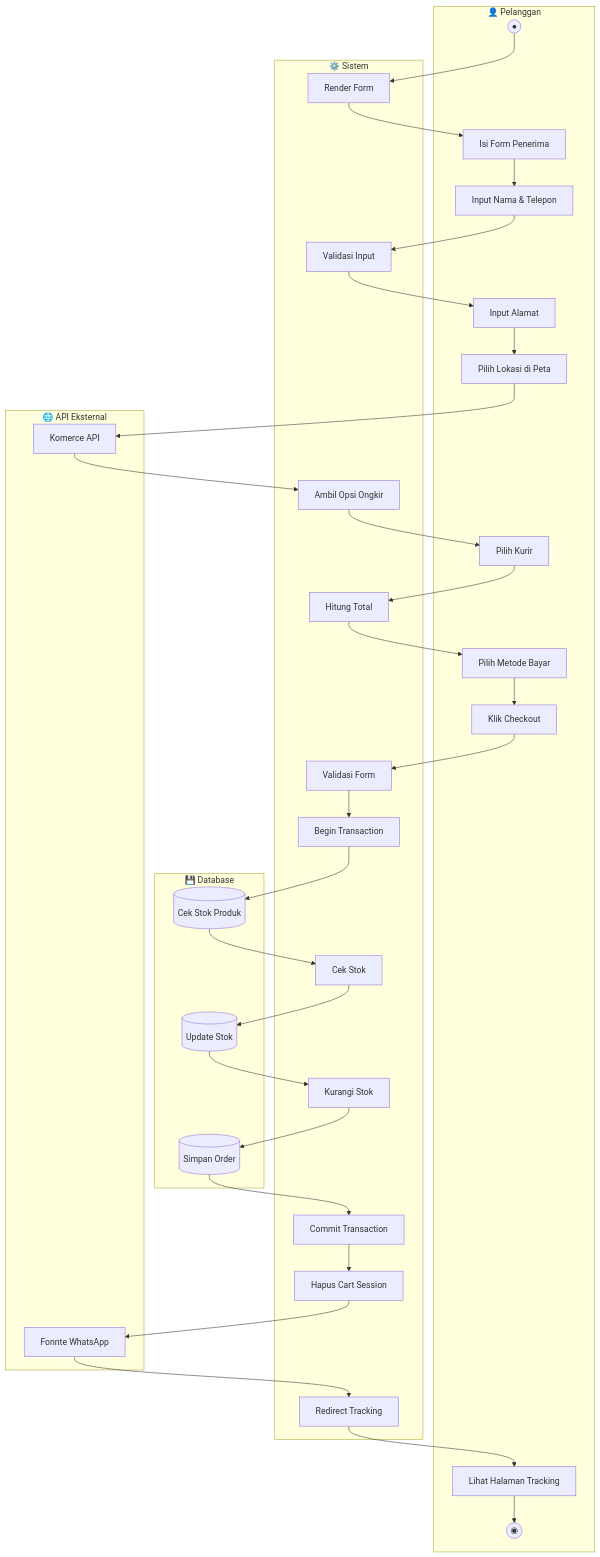
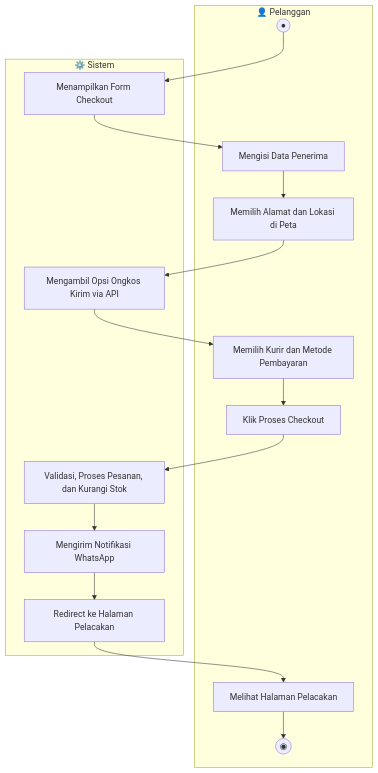
Before and after one commit to mustarisyahding07-spec/WEBSITE_SKRIPSI_MUSTARI: the fifth of 17 diagrams in docs/ACTIVITY_DIAGRAMS.md, drawn with Mermaid. The commit also changed other lines of this file, not shown here.

Commit message:
docs: simplify activity diagrams and add academic explanations

````diff
--- a/docs/ACTIVITY_DIAGRAMS.md
+++ b/docs/ACTIVITY_DIAGRAMS.md
@@ -268,66 +214,32 @@
 ```mermaid
 flowchart TD
     subgraph Pelanggan["👤 Pelanggan"]
         P1((●))
-        P2[Isi Form Penerima]
-        P3[Input Nama & Telepon]
-        P4[Input Alamat]
-        P5[Pilih Lokasi di Peta]
-        P6[Pilih Kurir]
-        P7[Pilih Metode Bayar]
-        P8[Klik Checkout]
-        P9[Lihat Halaman Tracking]
-        P10((◉))
+        P2[Mengisi Data Penerima]
+        P3[Memilih Alamat dan Lokasi di Peta]
+        P4[Memilih Kurir dan Metode Pembayaran]
+        P5[Klik Proses Checkout]
+        P6[Melihat Halaman Pelacakan]
+        P7((◉))
     end
-    
+
     subgraph Sistem["⚙️ Sistem"]
-        S1[Render Form]
-        S2[Validasi Input]
-        S3[Ambil Opsi Ongkir]
-        S4[Hitung Total]
-        S5[Validasi Form]
-        S6[Begin Transaction]
-        S7[Cek Stok]
-        S8[Kurangi Stok]
-        S9[Commit Transaction]
-        S10[Hapus Cart Session]
-        S11[Redirect Tracking]
+        S1[Menampilkan Form Checkout]
+        S2[Mengambil Opsi Ongkos Kirim via API]
+        S3[Validasi, Proses Pesanan, dan Kurangi Stok]
+        S4[Mengirim Notifikasi WhatsApp]
+        S5[Redirect ke Halaman Pelacakan]
     end
-    
-    subgraph Database["💾 Database"]
-        D1[(Cek Stok Produk)]
-        D2[(Update Stok)]
-        D3[(Simpan Order)]
-    end
-    
-    subgraph API["🌐 API Eksternal"]
-        A1[Komerce API]
-        A2[Fonnte WhatsApp]
-    end
-    
+
     P1 --> S1
     S1 --> P2
     P2 --> P3
     P3 --> S2
     S2 --> P4
     P4 --> P5
-    P5 --> A1
-    A1 --> S3
-    S3 --> P6
-    P6 --> S4
-    S4 --> P7
-    P7 --> P8
-    P8 --> S5
-    S5 --> S6
-    S6 --> D1
-    D1 --> S7
-    S7 --> D2
-    D2 --> S8
-    S8 --> D3
-    D3 --> S9
-    S9 --> S10
-    S10 --> A2
-    A2 --> S11
-    S11 --> P9
-    P9 --> P10
+    P5 --> S3
+    S3 --> S4
+    S4 --> S5
+    S5 --> P6
+    P6 --> P7
 ```
````
